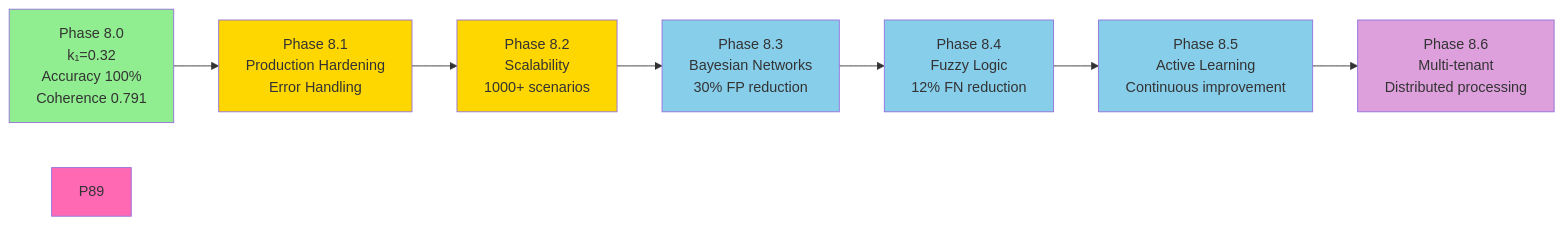
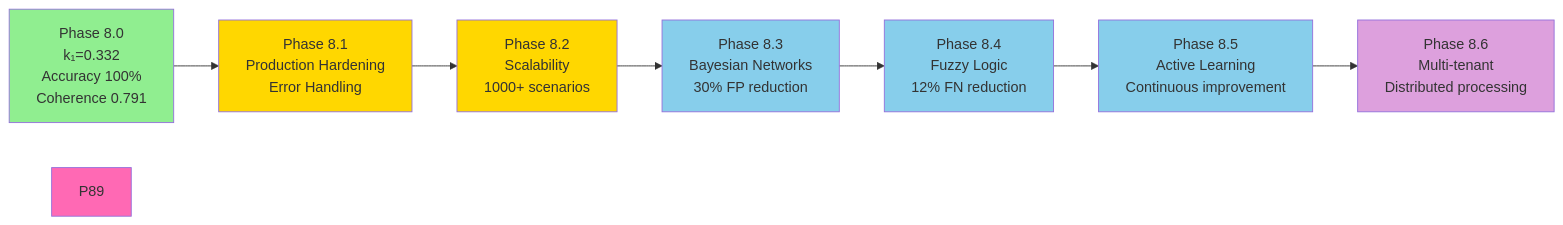
Before and after one commit to Aries-Serpent/_codex_: the third of 19 diagrams in .github/agents/COGNITIVE_BRAIN_ARCHITECTURE_DIAGRAMS.md, drawn with Mermaid. The commit also changed other lines of this file and 42 other files, not shown here.

````diff
--- a/.github/agents/COGNITIVE_BRAIN_ARCHITECTURE_DIAGRAMS.md
+++ b/.github/agents/COGNITIVE_BRAIN_ARCHITECTURE_DIAGRAMS.md
@@ -260,18 +260,18 @@
 ```mermaid
 graph LR
-    P80[Phase 8.0<br/>k₁=0.32<br/>Accuracy 100%<br/>Coherence 0.791] --> P81[Phase 8.1<br/>Production Hardening<br/>Error Handling]
+    P80[Phase 8.0<br/>k₁=0.332<br/>Accuracy 100%<br/>Coherence 0.791] --> P81[Phase 8.1<br/>Production Hardening<br/>Error Handling]
     P81 --> P82[Phase 8.2<br/>Scalability<br/>1000+ scenarios]
     P82 --> P83[Phase 8.3<br/>Bayesian Networks<br/>30% FP reduction]
     P83 --> P84[Phase 8.4<br/>Fuzzy Logic<br/>12% FN reduction]
     P84 --> P85[Phase 8.5<br/>Active Learning<br/>Continuous improvement]
     P85 --> P86[Phase 8.6<br/>Multi-tenant<br/>Distributed processing]
     
     style P80 fill:#90EE90
     style P81 fill:#FFD700
     style P82 fill:#FFD700
     style P83 fill:#87CEEB
     style P84 fill:#87CEEB
     style P85 fill:#87CEEB
     style P86 fill:#DDA0DD
     style P89 fill:#FF69B4
 ```
````
